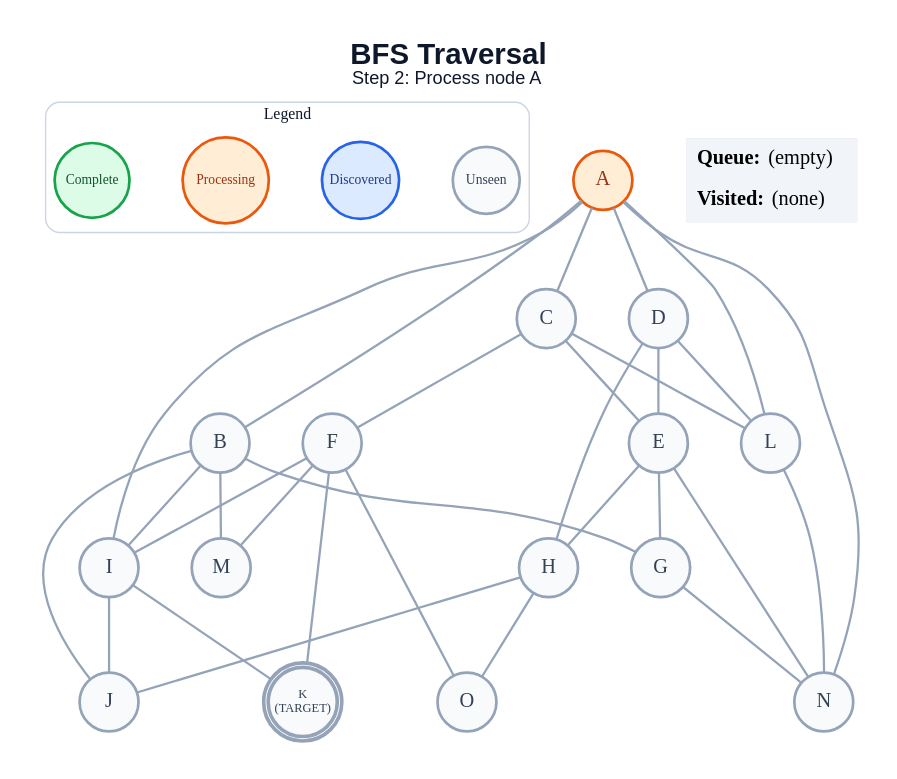
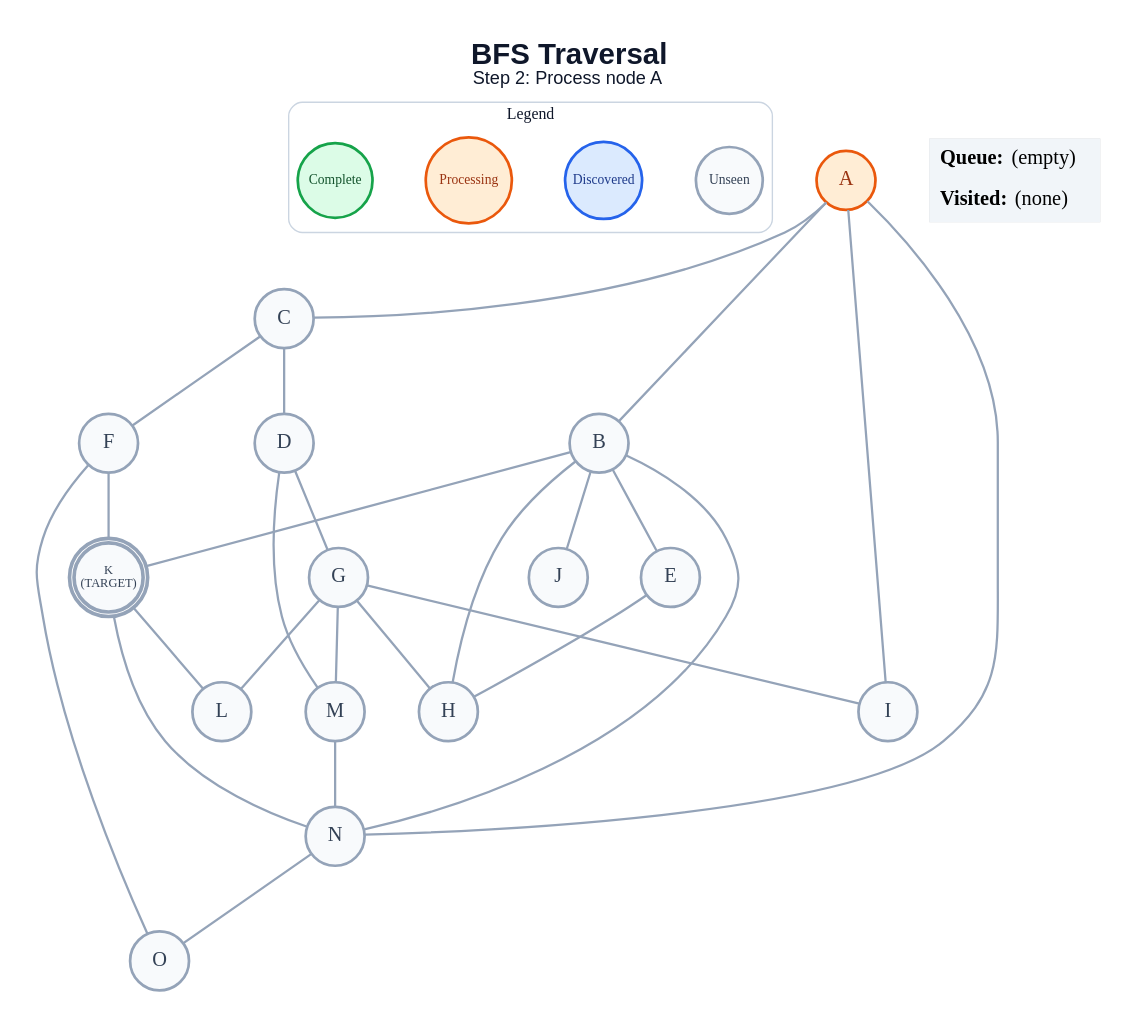
The diagram in generated/bfs/step_02.dot (anon7238593-create/ai-slop), drawn with Graphviz before and after one commit. The commit also changed 281 other files, not shown here.

```diff
--- a/generated/bfs/step_02.dot
+++ b/generated/bfs/step_02.dot
@@ -1,63 +1,58 @@
 graph traversal {
   graph [layout=dot, rankdir=TB, bgcolor="#FFFFFF", pad="0.35", nodesep="0.65", ranksep="0.8", fontname="Arial"];
   node [shape=circle, style="filled", fontname="Arial Bold", fontsize=18, width=0.72, fixedsize=true, penwidth=2.4];
   edge [color="#94A3B8", penwidth=2.0];
   label=<<B>BFS Traversal</B><BR/><FONT POINT-SIZE="16">Step 2: Process node A</FONT>>; labelloc="t"; fontsize=26; fontname="Arial"; fontcolor="#0F172A";
   subgraph cluster_legend { label="Legend"; color="#CBD5E1"; penwidth=1.2; style="rounded"; fontsize=14; fontname="Arial Bold";
     key_unseen [label="Unseen", fillcolor="#F8FAFC", color="#94A3B8", fontcolor="#334155", fontsize=12, width=0.82];
     key_frontier [label="Discovered", fillcolor="#DBEAFE", color="#2563EB", fontcolor="#1E3A8A", fontsize=12, width=0.95];
     key_current [label="Processing", fillcolor="#FFEDD5", color="#EA580C", fontcolor="#9A3412", fontsize=12, width=1.05];
     key_done [label="Complete", fillcolor="#DCFCE7", color="#16A34A", fontcolor="#14532D", fontsize=12, width=0.92];
     { rank=same; key_unseen; key_frontier; key_current; key_done; }
   }
   A [label="A", fillcolor="#FFEDD5", color="#EA580C", fontcolor="#9A3412", peripheries=1, penwidth=2.4];
   B [label="B", fillcolor="#F8FAFC", color="#94A3B8", fontcolor="#334155", peripheries=1, penwidth=2.4];
   C [label="C", fillcolor="#F8FAFC", color="#94A3B8", fontcolor="#334155", peripheries=1, penwidth=2.4];
   D [label="D", fillcolor="#F8FAFC", color="#94A3B8", fontcolor="#334155", peripheries=1, penwidth=2.4];
   E [label="E", fillcolor="#F8FAFC", color="#94A3B8", fontcolor="#334155", peripheries=1, penwidth=2.4];
   F [label="F", fillcolor="#F8FAFC", color="#94A3B8", fontcolor="#334155", peripheries=1, penwidth=2.4];
   G [label="G", fillcolor="#F8FAFC", color="#94A3B8", fontcolor="#334155", peripheries=1, penwidth=2.4];
   H [label="H", fillcolor="#F8FAFC", color="#94A3B8", fontcolor="#334155", peripheries=1, penwidth=2.4];
   I [label="I", fillcolor="#F8FAFC", color="#94A3B8", fontcolor="#334155", peripheries=1, penwidth=2.4];
   J [label="J", fillcolor="#F8FAFC", color="#94A3B8", fontcolor="#334155", peripheries=1, penwidth=2.4];
   K [label="K\n(TARGET)", fillcolor="#F8FAFC", color="#94A3B8", fontcolor="#334155", peripheries=2, penwidth=3.2, fontsize=11, width=0.85, height=0.85];
   L [label="L", fillcolor="#F8FAFC", color="#94A3B8", fontcolor="#334155", peripheries=1, penwidth=2.4];
   M [label="M", fillcolor="#F8FAFC", color="#94A3B8", fontcolor="#334155", peripheries=1, penwidth=2.4];
   N [label="N", fillcolor="#F8FAFC", color="#94A3B8", fontcolor="#334155", peripheries=1, penwidth=2.4];
   O [label="O", fillcolor="#F8FAFC", color="#94A3B8", fontcolor="#334155", peripheries=1, penwidth=2.4];
   A -- B;
   A -- C;
-  A -- D;
   A -- I;
-  A -- L;
   A -- N;
-  B -- G;
-  B -- I;
+  B -- E;
+  B -- H;
   B -- J;
-  B -- M;
-  C -- E;
+  B -- K;
+  B -- N;
+  C -- D;
   C -- F;
-  C -- L;
-  D -- E;
-  D -- H;
-  D -- L;
-  E -- G;
+  D -- G;
+  D -- M;
   E -- H;
-  E -- N;
-  F -- I;
   F -- K;
-  F -- M;
   F -- O;
-  G -- N;
-  H -- J;
-  H -- O;
-  I -- J;
-  I -- K;
-  L -- N;
+  G -- H;
+  G -- I;
+  G -- L;
+  G -- M;
+  K -- L;
+  K -- N;
+  M -- N;
+  N -- O;
   status [shape=plain, fixedsize=false, width=0, height=0, margin=0, label=<
     <TABLE BORDER="0" CELLBORDER="0" CELLPADDING="7" BGCOLOR="#F1F5F9">
       <TR><TD ALIGN="LEFT"><B>Queue:</B> (empty)</TD></TR>
       <TR><TD ALIGN="LEFT"><B>Visited:</B> (none)</TD></TR>
     </TABLE>
   >];
 }
```
